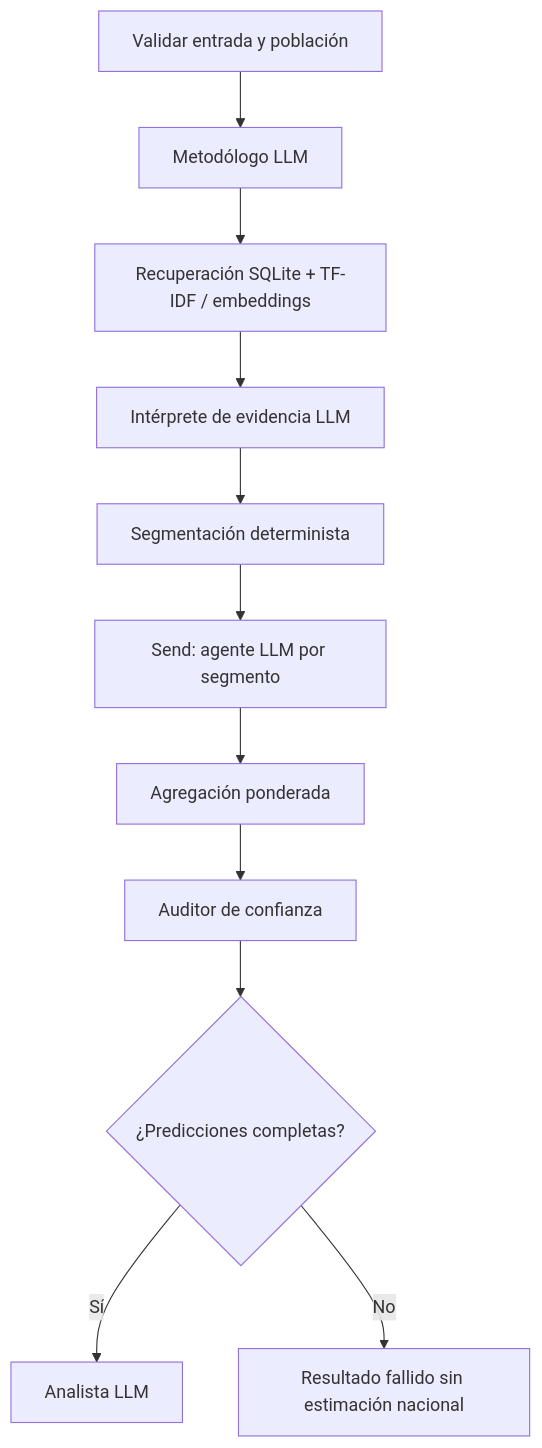
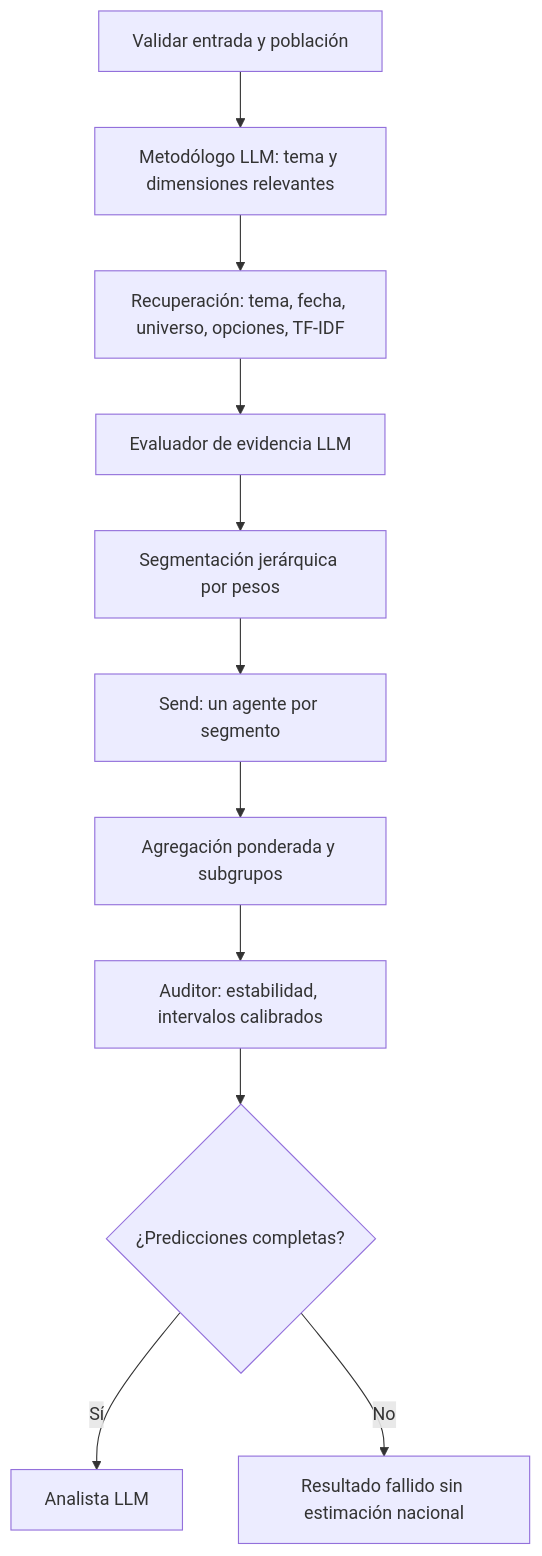
The second of 2 diagrams in README.md (javixfdez/Spanish_Sociology_Simulation_Platform), drawn with Mermaid before and after one commit. The commit also changed other lines of this file and 8 other files, not shown here.

````diff
--- a/README.md
+++ b/README.md
@@ -63,13 +83,13 @@
 ```mermaid
 flowchart TD
-    A[Validar entrada y población] --> B[Metodólogo LLM]
-    B --> C[Recuperación SQLite + TF-IDF / embeddings]
-    C --> D[Intérprete de evidencia LLM]
-    D --> E[Segmentación determinista]
-    E --> F[Send: agente LLM por segmento]
-    F --> G[Agregación ponderada]
-    G --> H[Auditor de confianza]
+    A[Validar entrada y población] --> B[Metodólogo LLM: tema y dimensiones relevantes]
+    B --> C[Recuperación: tema, fecha, universo, opciones, TF-IDF]
+    C --> D[Evaluador de evidencia LLM]
+    D --> E[Segmentación jerárquica por pesos]
+    E --> F[Send: un agente por segmento]
+    F --> G[Agregación ponderada y subgrupos]
+    G --> H[Auditor: estabilidad, intervalos calibrados]
     H --> I{¿Predicciones completas?}
     I -->|Sí| J[Analista LLM]
     I -->|No| K[Resultado fallido sin estimación nacional]
 ```
````
